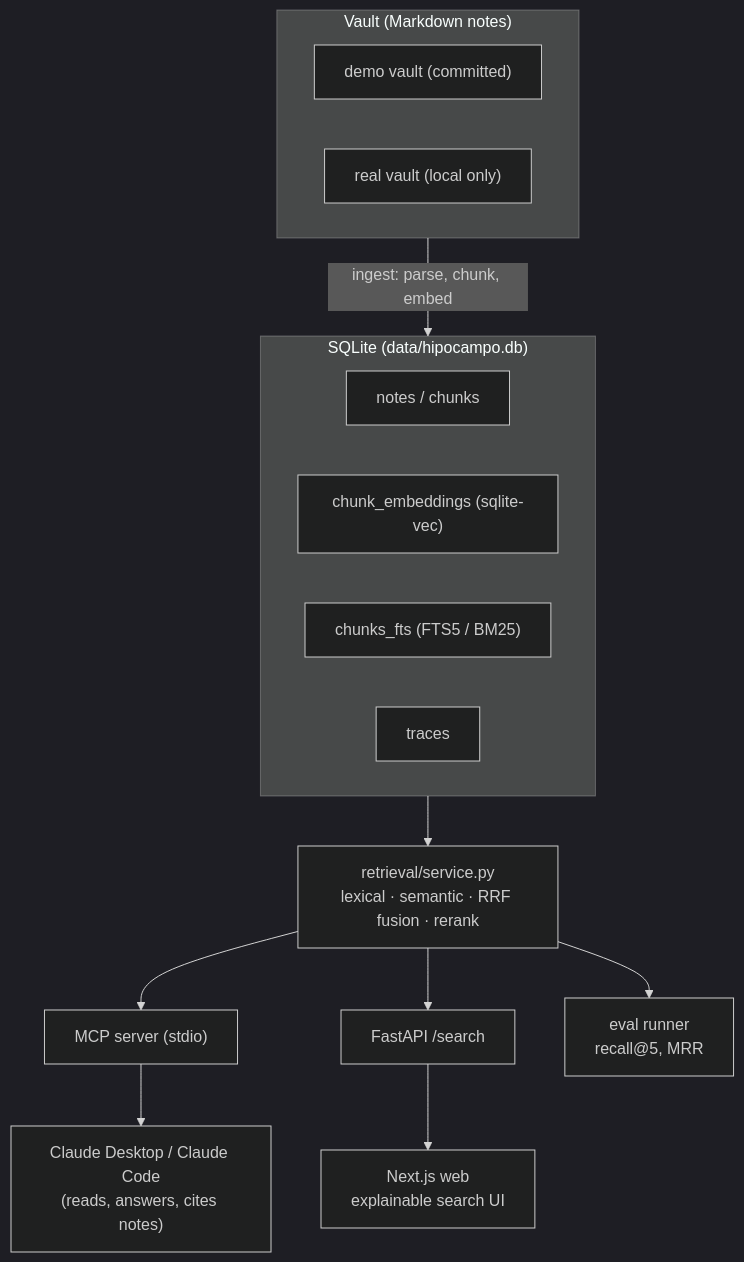
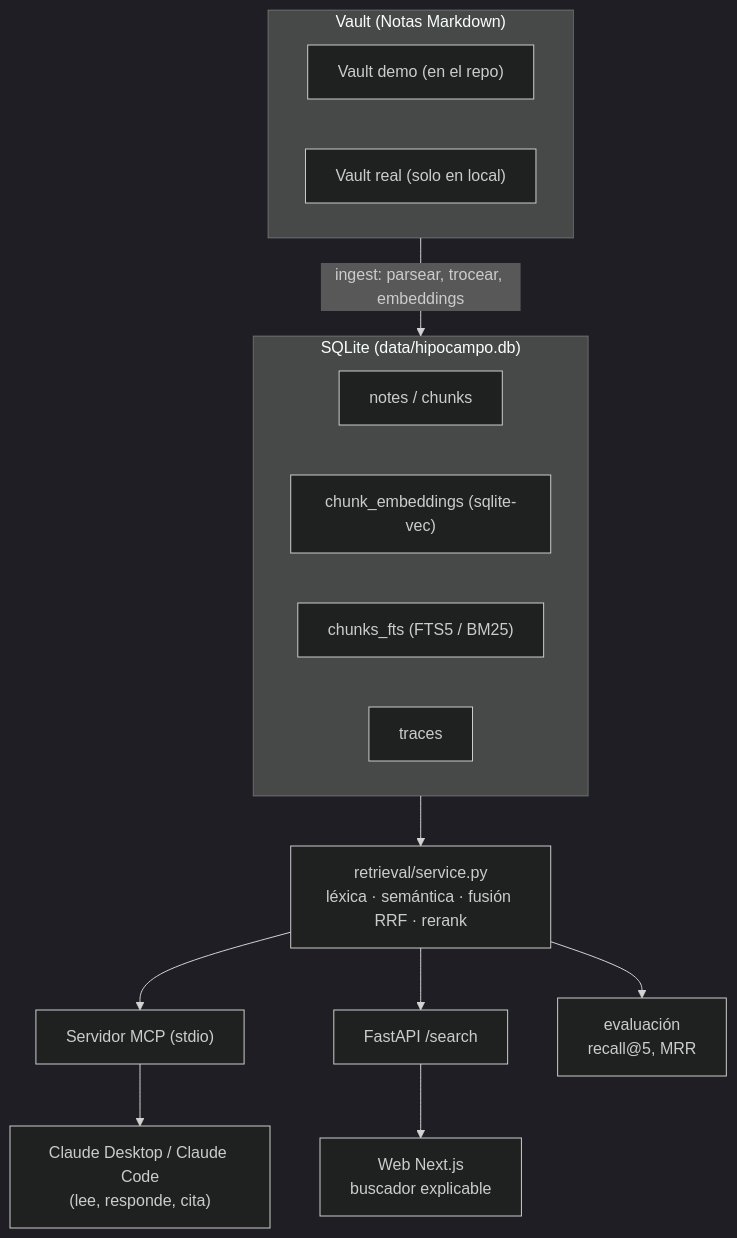
One commit to alejanfh/hipocampo changed the third of 3 diagrams in README.md. Above: the diagram before and after it, drawn with Mermaid (dark theme). The commit also changed other lines of this file and 5 other files, not shown here.

````diff
--- a/README.md
+++ b/README.md
@@ -17,25 +264,25 @@
 ```mermaid
 flowchart TB
-    subgraph Vault["Vault (Markdown notes)"]
-        demo["demo vault (committed)"]
-        real["real vault (local only)"]
+    subgraph Vault["Vault (Notas Markdown)"]
+        demo["Vault demo (en el repo)"]
+        real["Vault real (solo en local)"]
     end
 
-    Vault -->|ingest: parse, chunk, embed| DB
+    Vault -->|"ingest: parsear, trocear, embeddings"| DB
 
     subgraph DB["SQLite (data/hipocampo.db)"]
         notes["notes / chunks"]
         vec["chunk_embeddings (sqlite-vec)"]
         fts["chunks_fts (FTS5 / BM25)"]
         traces["traces"]
     end
 
-    DB --> Service["retrieval/service.py\nlexical · semantic · RRF fusion · rerank"]
+    DB --> Service["retrieval/service.py<br/>léxica · semántica · fusión RRF · rerank"]
 
-    Service --> MCP["MCP server (stdio)"]
+    Service --> MCP["Servidor MCP (stdio)"]
     Service --> API["FastAPI /search"]
-    Service --> Eval["eval runner\nrecall@5, MRR"]
+    Service --> Eval["evaluación<br/>recall@5, MRR"]
 
-    MCP --> Claude["Claude Desktop / Claude Code\n(reads, answers, cites notes)"]
-    API --> Web["Next.js web\nexplainable search UI"]
+    MCP --> Claude["Claude Desktop / Claude Code<br/>(lee, responde, cita)"]
+    API --> Web["Web Next.js<br/>buscador explicable"]
 ```
````
